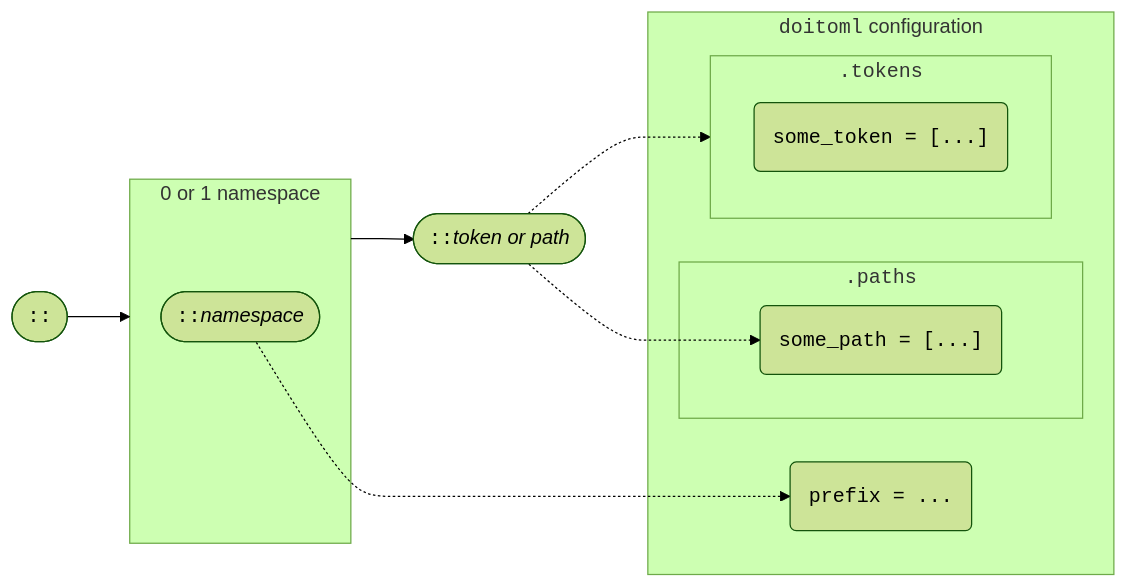
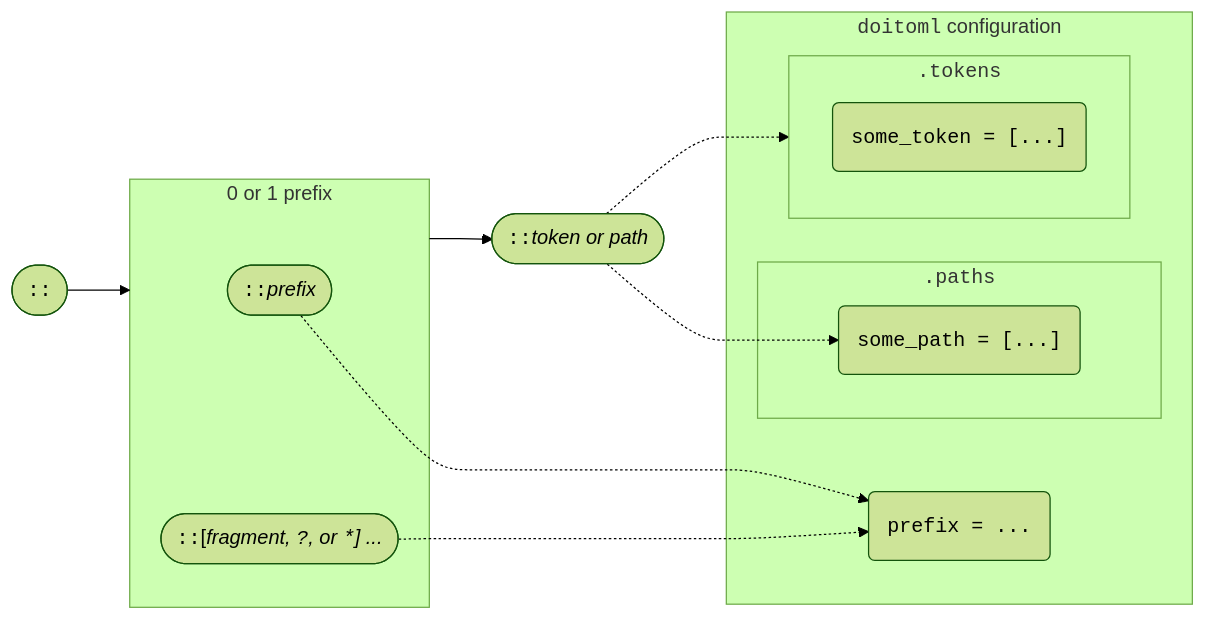
Before and after one commit to deathbeds/doitoml: the third of 4 diagrams in docs/how-to/dsl.md, drawn with Mermaid (forest theme). The commit also changed other lines of this file and 59 other files, not shown here.

````diff
--- a/docs/how-to/dsl.md
+++ b/docs/how-to/dsl.md
@@ -113,25 +114,26 @@
 ```{mermaid}
 flowchart LR
 
-colon-colon --> namespaces --> token_or_path
+colon-colon --> prefixes --> token_or_path
 token_or_path -.-> path & tokens
 
-namespace -.-> prefix
+prefix & prefix-wildcard -.-> source-prefix
 
 colon-colon([<code>::</code>])
 token_or_path([<code>::</code><i>token or path</i>])
 
-subgraph namespaces [0 or 1 namespace]
-  namespace([<code>::</code><i>namespace</i>])
+subgraph prefixes [0 or 1 prefix]
+  prefix([<code>::</code><i>prefix</i>])
+  prefix-wildcard(["<code>::</code>[<i>fragment, <code>?</code>, or <code>*</code>] ...</i>"])
 end
 
 subgraph doitoml ["<code>doitoml</code> configuration"]
-  prefix("<code>prefix = ...</code>")
+  source-prefix("<code>prefix = ...</code>")
   subgraph paths ["<code>.paths</code>"]
     path("<code>some_path = [...]</code>")
   end
   subgraph tokens ["<code>.tokens</code>"]
     token("<code>some_token = [...]</code>")
   end
 end
 ```
````
